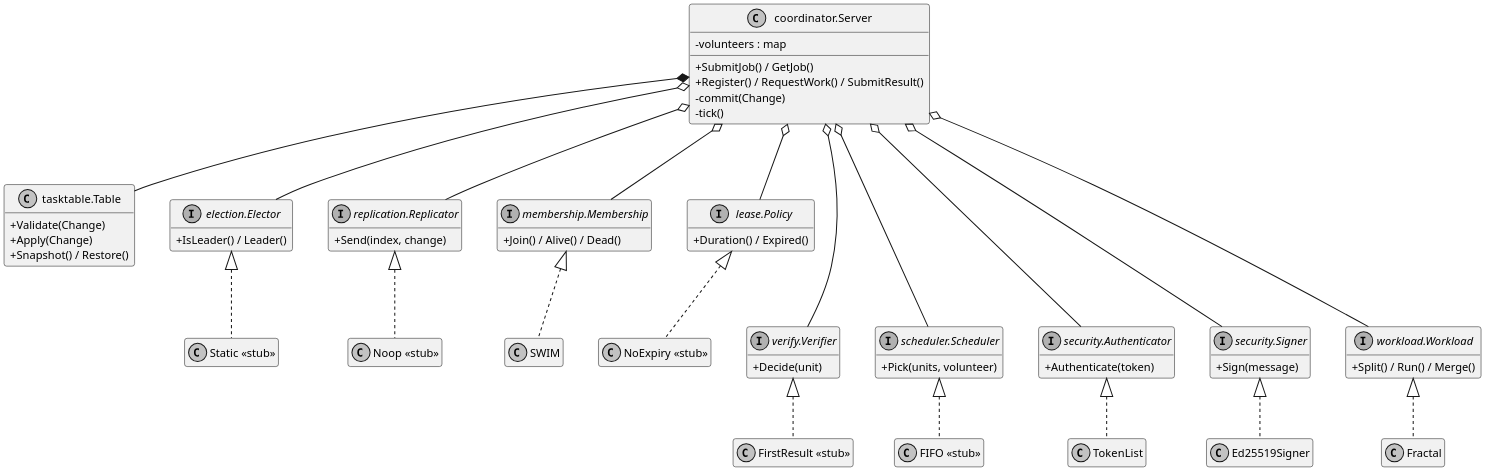
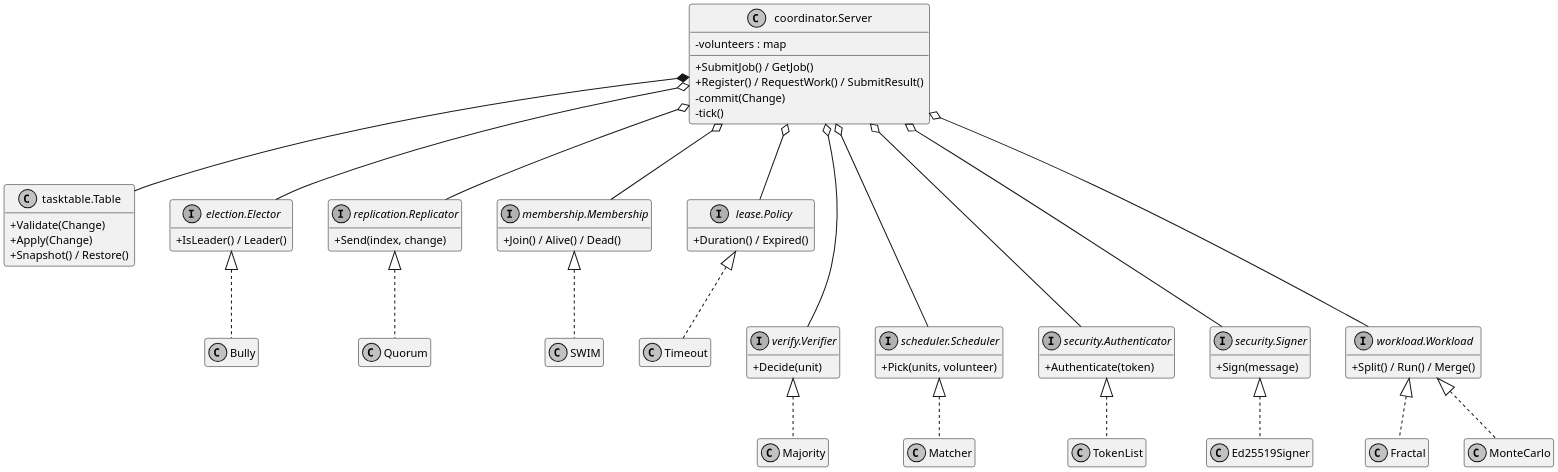
Before and after one commit to colmeabhi/sparecycles: the diagram in docs/report/diagrams/i1-coordinator-classes.puml, drawn with PlantUML. The commit also changed 19 other files, not shown here.

```diff
--- a/docs/report/diagrams/i1-coordinator-classes.puml
+++ b/docs/report/diagrams/i1-coordinator-classes.puml
@@ -1,86 +1,90 @@
 @startuml i1-coordinator-classes
 ' I1 (implementation, class): the coordinator and the interfaces of its parts. Owner: Kushagra.
 ' Update the implementation classes when a stub is replaced.
 ' Link length places the interfaces in 2 rows: "--" is row 1, "---" is row 2.
 skinparam dpi 220
 skinparam monochrome true
 skinparam shadowing false
 skinparam defaultFontName Helvetica
 skinparam defaultFontSize 11
 skinparam classAttributeIconSize 0
 hide empty members
 
 class "coordinator.Server" as Server {
   - volunteers : map
   + SubmitJob() / GetJob()
   + Register() / RequestWork() / SubmitResult()
   - commit(Change)
   - tick()
 }
 class "tasktable.Table" as Table {
   + Validate(Change)
   + Apply(Change)
   + Snapshot() / Restore()
 }
 
 interface "election.Elector" as Elector {
   + IsLeader() / Leader()
 }
 interface "replication.Replicator" as Replicator {
   + Send(index, change)
 }
 interface "membership.Membership" as Membership {
   + Join() / Alive() / Dead()
 }
 interface "lease.Policy" as Policy {
   + Duration() / Expired()
 }
 interface "verify.Verifier" as Verifier {
   + Decide(unit)
 }
 interface "scheduler.Scheduler" as Scheduler {
   + Pick(units, volunteer)
 }
 interface "security.Authenticator" as Auth {
   + Authenticate(token)
 }
 interface "security.Signer" as Signer {
   + Sign(message)
 }
 interface "workload.Workload" as Workload {
   + Split() / Run() / Merge()
 }
 
 ' Row 1
 Server *-- Table
 Server o-- Elector
 Server o-- Replicator
 Server o-- Membership
 Server o-- Policy
 ' Row 2
 Server o--- Verifier
 Server o--- Scheduler
 Server o--- Auth
 Server o--- Signer
 Server o--- Workload
 
-class "Static <<stub>>" as ElStatic
-class "Noop <<stub>>" as Noop
+' The implementations that cmd/coordinator uses. The base stubs (Static, Noop,
+' NoExpiry, FirstResult, FIFO) stay in their packages for tests only.
+class Bully
+class Quorum
 class SWIM
-class "NoExpiry <<stub>>" as NoExpiry
-class "FirstResult <<stub>>" as FirstResult
-class "FIFO <<stub>>" as FIFO
+class Timeout
+class Majority
+class Matcher
 class TokenList
 class "Ed25519Signer" as Ed
 class Fractal
+class MonteCarlo
 
-Elector <|.. ElStatic
-Replicator <|.. Noop
+Elector <|.. Bully
+Replicator <|.. Quorum
 Membership <|.. SWIM
-Policy <|.. NoExpiry
-Verifier <|.. FirstResult
-Scheduler <|.. FIFO
+Policy <|.. Timeout
+Verifier <|.. Majority
+Scheduler <|.. Matcher
 Auth <|.. TokenList
 Signer <|.. Ed
 Workload <|.. Fractal
+Workload <|.. MonteCarlo
 @enduml
```
